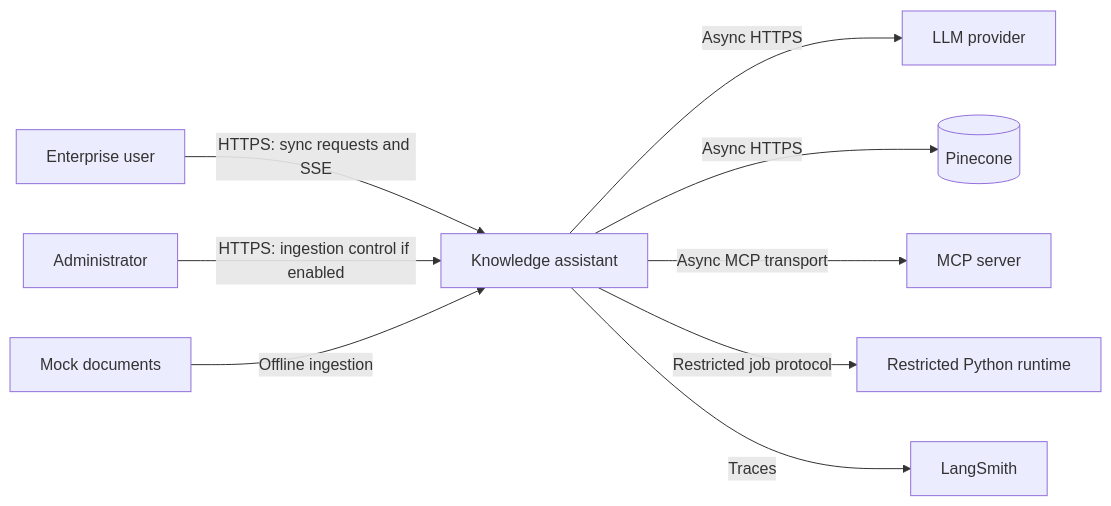
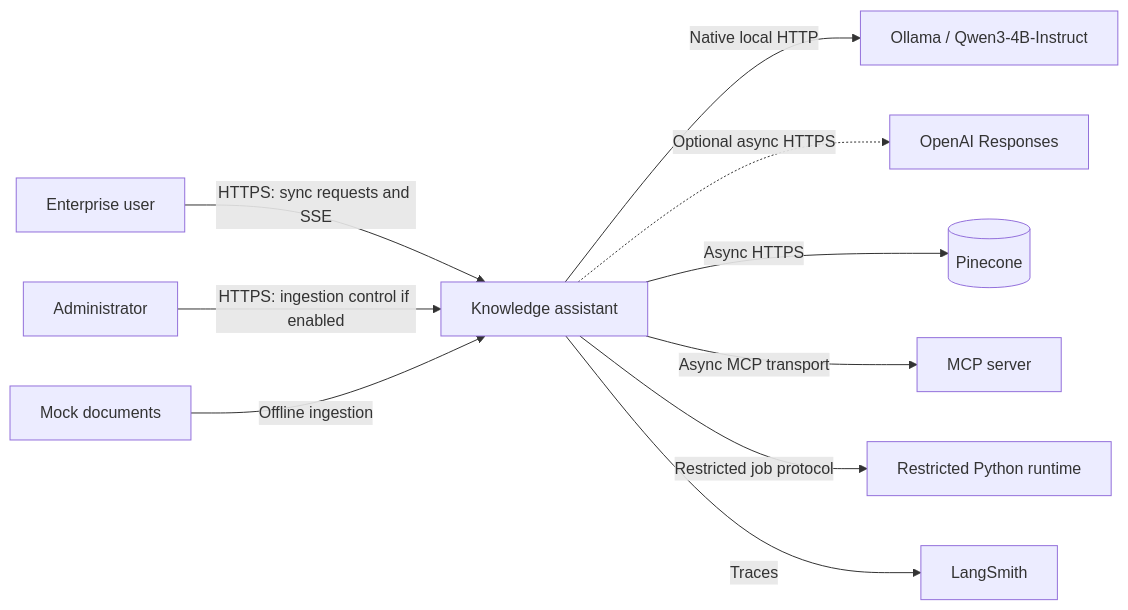
Before and after one commit to dakshina-d/enterprise-ai-knowledge-assistant: the first of 5 diagrams in docs/architecture.md, drawn with Mermaid. The commit also changed other lines of this file and 40 other files, not shown here.

Commit message:
feat: add local Qwen3 Instruct inference and enforce retrieval relevance

````diff
--- a/docs/architecture.md
+++ b/docs/architecture.md
@@ -30,11 +32,12 @@
 ```mermaid
 flowchart LR
     User[Enterprise user] -->|HTTPS: sync requests and SSE| App[Knowledge assistant]
     Admin[Administrator] -->|HTTPS: ingestion control if enabled| App
-    App -->|Async HTTPS| LLM[LLM provider]
+    App -->|Native local HTTP| Qwen[Ollama / Qwen3-4B-Instruct]
+    App -.->|Optional async HTTPS| LLM[OpenAI Responses]
     App -->|Async HTTPS| PC[(Pinecone)]
     App -->|Async MCP transport| Ext[MCP server]
     App -->|Restricted job protocol| Py[Restricted Python runtime]
     App -->|Traces| LS[LangSmith]
     Source[Mock documents] -->|Offline ingestion| App
 ```
````
